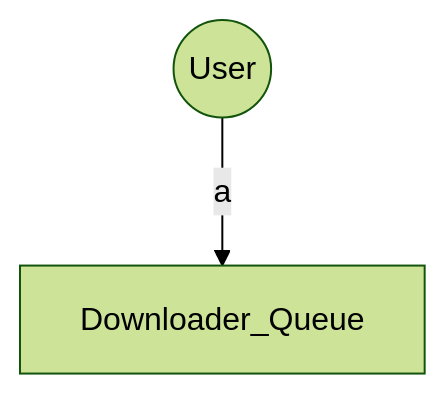
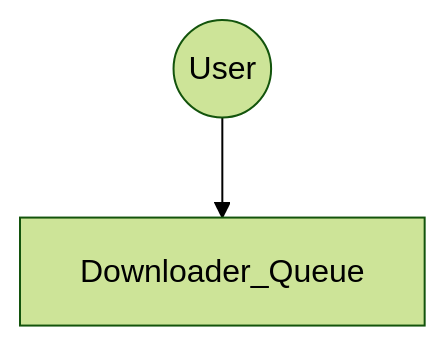
Before and after one commit to reyapr/mermaid-playground: the diagram in README.md, drawn with Mermaid (forest theme).

````diff
--- a/README.md
+++ b/README.md
@@ -7,6 +7,6 @@
 ``` mermaid
     flowchart TB
-    User((User))-->|a|Downloader_Queue
+    User((User))-->Downloader_Queue
    
 
 ```   
````
